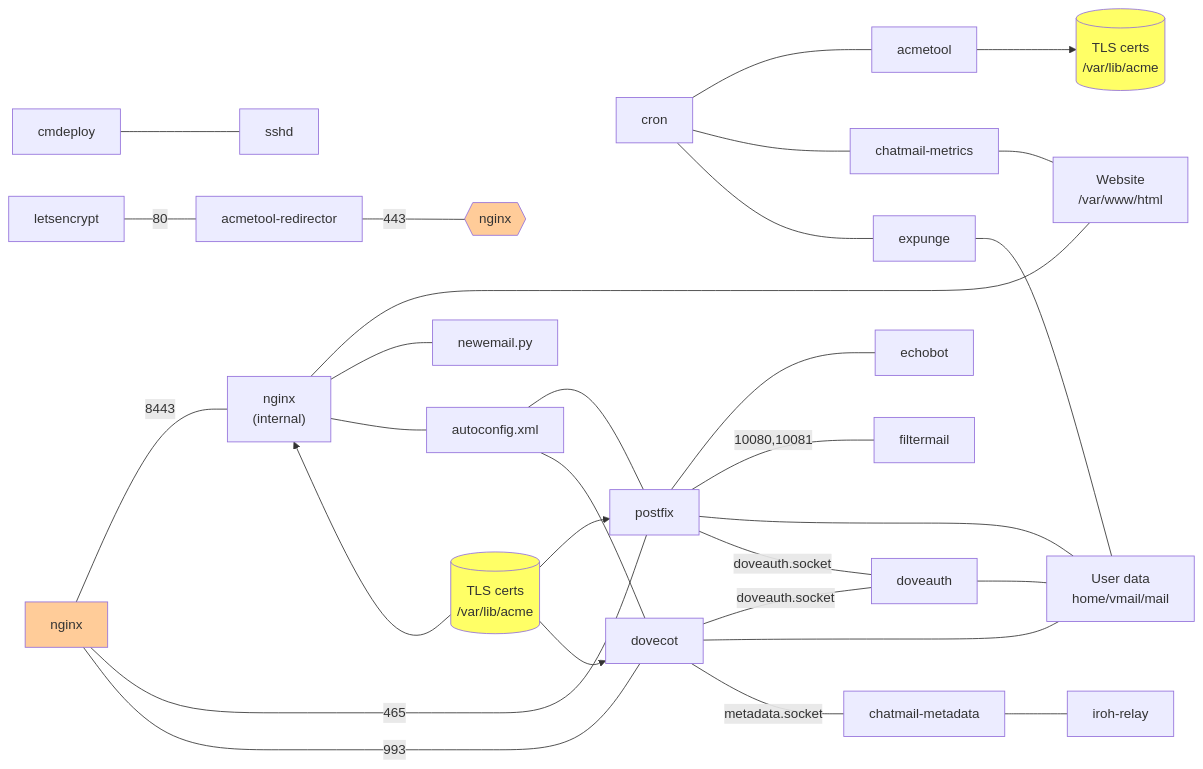
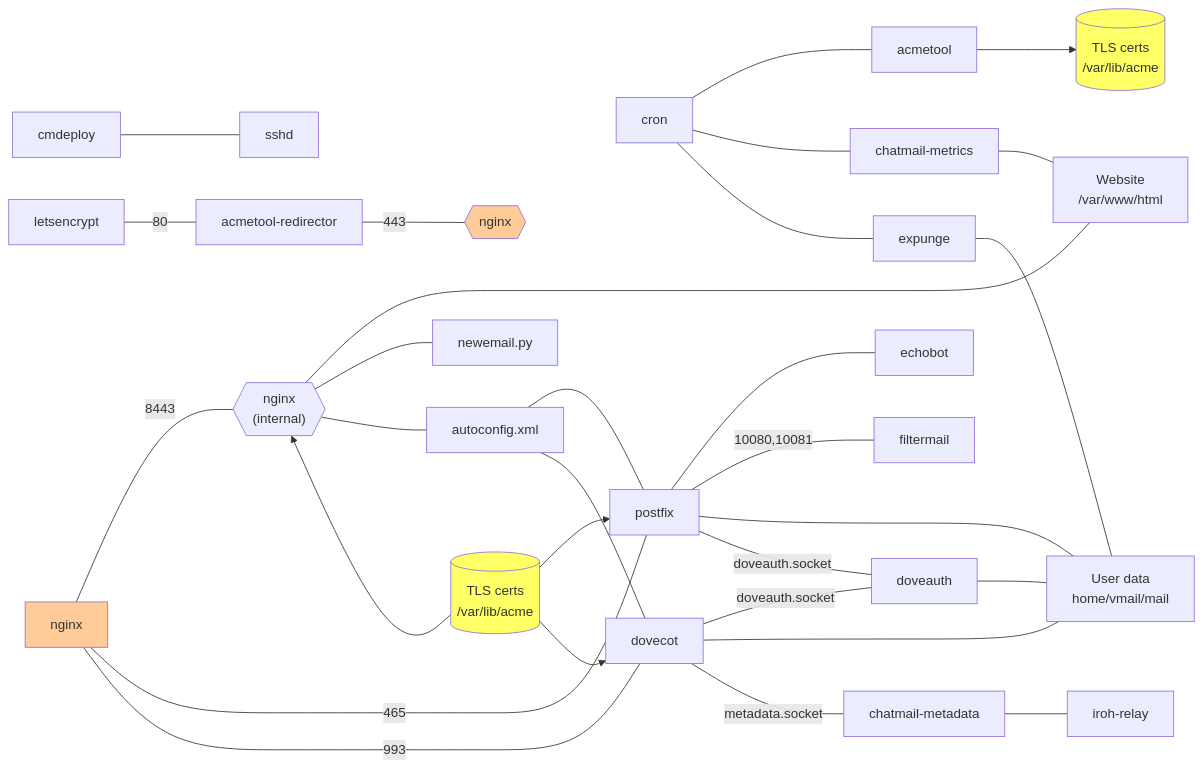
Before and after one commit to cliffmccarthy/chatmail-relay: the diagram in ARCHITECTURE.md, drawn with Mermaid.

Commit message:
more pointy nginx

````diff
--- a/ARCHITECTURE.md
+++ b/ARCHITECTURE.md
@@ -4,41 +4,41 @@
 ```mermaid
 graph LR;
     cmdeploy --- sshd;
     letsencrypt --- |80|acmetool-redirector;
     acmetool-redirector --- |443|nginx-right{{nginx}};
-    nginx --- |8443|nginx-internal["`nginx
-    (internal)`"];
+    nginx --- |8443|nginx-internal{{"`nginx
+    (internal)`"}};
     nginx-internal --- website["`Website
     /var/www/html`"];
     nginx-internal --- newemail.py;
     nginx-internal --- autoconfig.xml;
     nginx-internal ~~~ certs-nginx[("`TLS certs
     /var/lib/acme`")] --> nginx-internal;
     cron --- acmetool;
     cron --- chatmail-metrics;
     cron --- expunge;
     chatmail-metrics --- website;
     acmetool --> certs[("`TLS certs
     /var/lib/acme`")];
     nginx --- |465|postfix;
     nginx --- |993|dovecot;
     autoconfig.xml --- postfix;
     autoconfig.xml --- dovecot;
     postfix --- echobot;
     postfix --- |10080,10081|filtermail;
     postfix --- users["`User data
     home/vmail/mail`"];
     postfix --- |doveauth.socket|doveauth;
     dovecot --- |doveauth.socket|doveauth;
     dovecot --- users;
     dovecot --- |metadata.socket|chatmail-metadata;
     doveauth --- users;
     expunge --- users;
     chatmail-metadata --- iroh-relay;
     certs-nginx --> postfix;
     certs-nginx --> dovecot;
     style certs fill:#ff6;
     style certs-nginx fill:#ff6;
     style nginx fill:#fc9;
     style nginx-right fill:#fc9;
 ```
````
